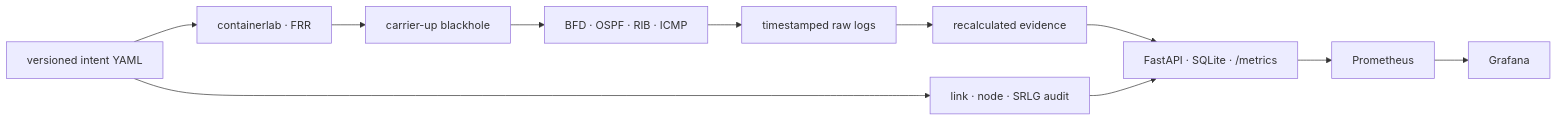
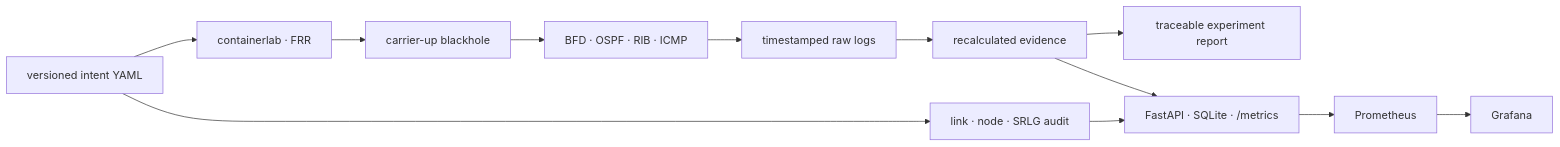
Before and after one commit to teriyakki-jin/telconet-sentinel: the diagram in README.md, drawn with Mermaid. The commit also changed other lines of this file and 5 other files, not shown here.

Commit message:
feat: add traceable experiment report (#35)

````diff
--- a/README.md
+++ b/README.md
@@ -180,13 +189,14 @@
 ```mermaid
 flowchart LR
     INTENT["versioned intent YAML"] --> LAB["containerlab · FRR"]
     INTENT --> AUDIT["link · node · SRLG audit"]
     LAB --> FAULT["carrier-up blackhole"]
     FAULT --> OBSERVE["BFD · OSPF · RIB · ICMP"]
     OBSERVE --> RAW["timestamped raw logs"]
     RAW --> EVIDENCE["recalculated evidence"]
+    EVIDENCE --> REPORT["traceable experiment report"]
     EVIDENCE --> API["FastAPI · SQLite · /metrics"]
     AUDIT --> API
     API --> PROM["Prometheus"]
     PROM --> GRAFANA["Grafana"]
 ```
````
